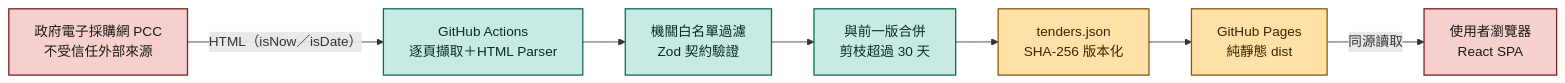
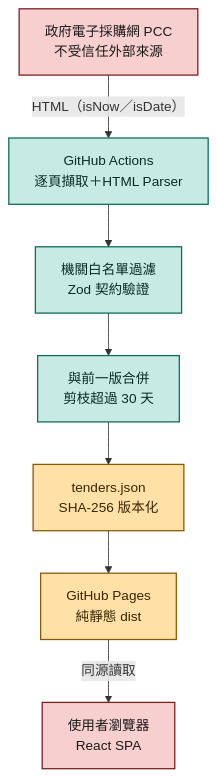
The first of 2 diagrams in README.md (lushinshang/pcc_q), drawn with Mermaid before and after one commit. The commit also changed other lines of this file, not shown here.

Commit message:
docs(readme): use consistent flowchart TD direction for both diagrams

````diff
--- a/README.md
+++ b/README.md
@@ -9,16 +9,16 @@
 ```mermaid
-flowchart LR
+flowchart TD
     classDef ext fill:#f7cfcf,stroke:#7a1f1f,color:#1a1a1a,stroke-width:1.5px
     classDef core fill:#c7ebe4,stroke:#0b6b5c,color:#0b2b26,stroke-width:1.5px
     classDef store fill:#ffe1a8,stroke:#8a5a00,color:#3a2600,stroke-width:1.5px
 
     PCC["政府電子採購網 PCC<br/>不受信任外部來源"]:::ext
     FETCH["GitHub Actions<br/>逐頁擷取＋HTML Parser"]:::core
     VALID["機關白名單過濾<br/>Zod 契約驗證"]:::core
     MERGE["與前一版合併<br/>剪枝超過 30 天"]:::core
     JSON["tenders.json<br/>SHA-256 版本化"]:::store
     PAGES["GitHub Pages<br/>純靜態 dist"]:::store
     BR["使用者瀏覽器<br/>React SPA"]:::ext
 
     PCC -->|"HTML（isNow／isDate）"| FETCH --> VALID --> MERGE --> JSON --> PAGES -->|同源讀取| BR
 ```
````
